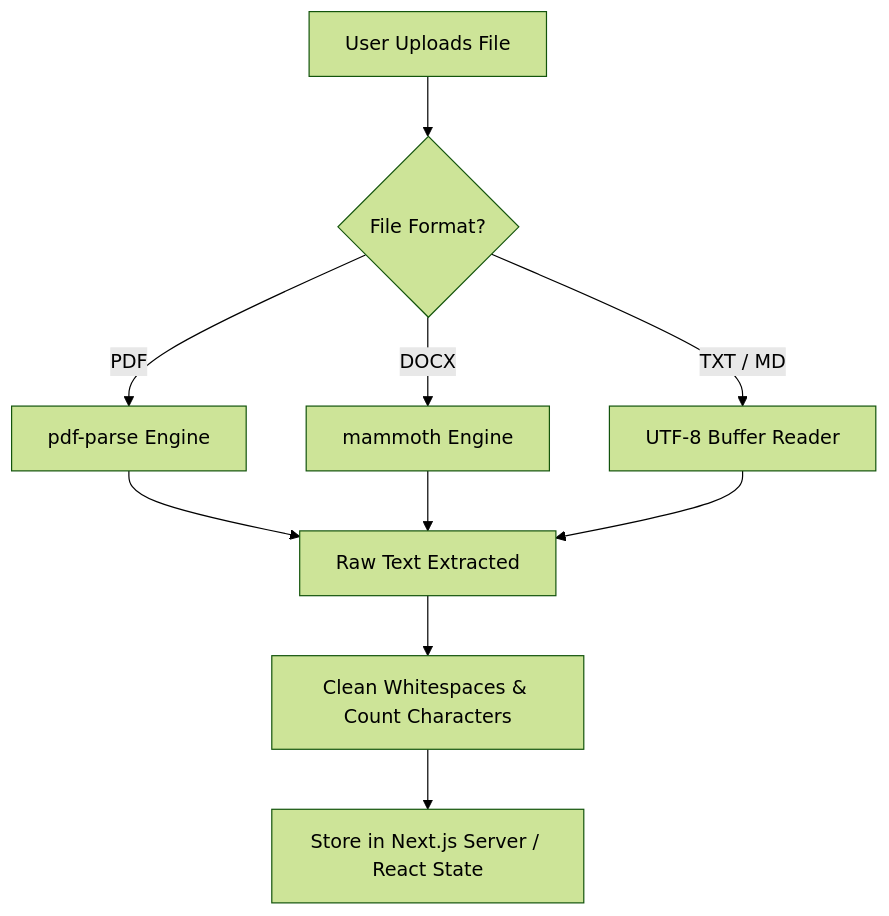
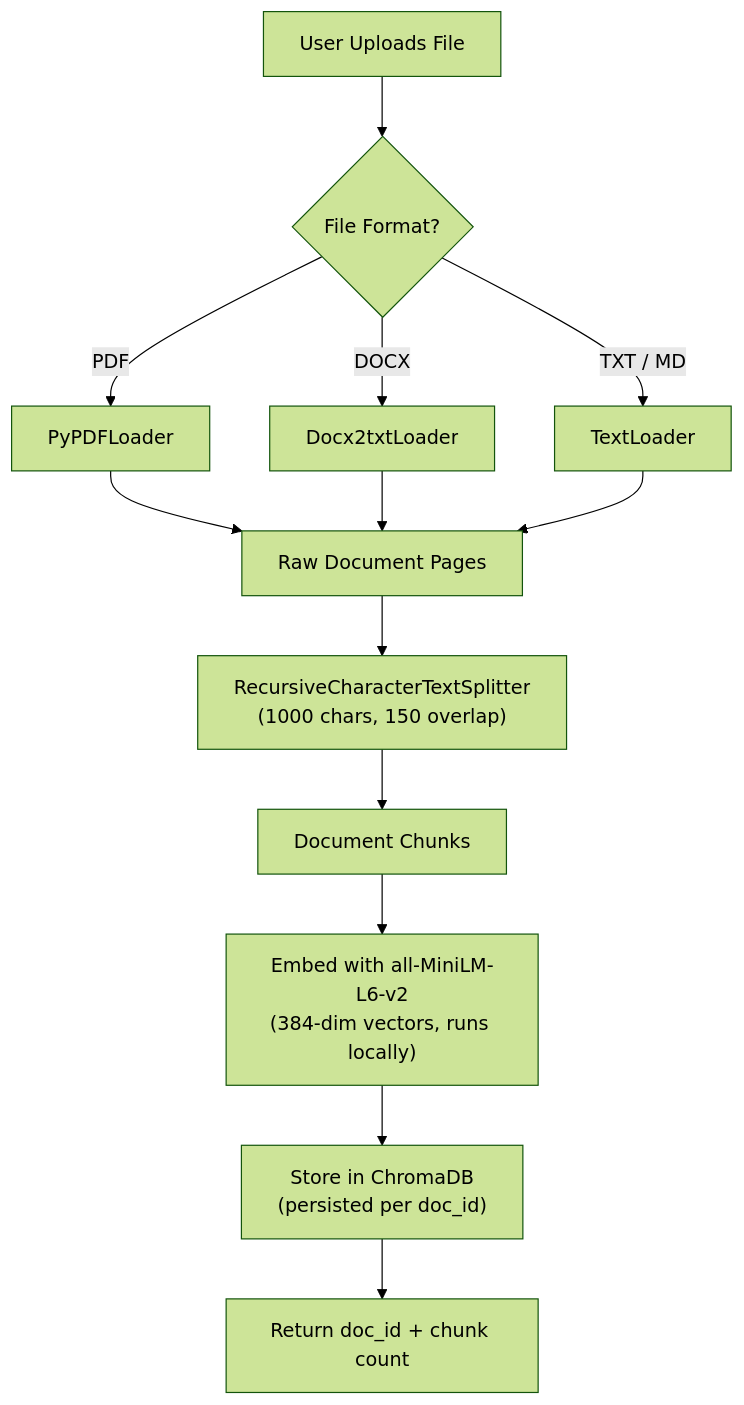
The first of 3 diagrams in README.md (ISHAN12369/contractIQ), drawn with Mermaid (forest theme) before and after one commit. The commit also changed other lines of this file and 3 other files, not shown here.

Commit message:
chore: clean up repo and rewrite README for full RAG architecture. Remove old HF Spaces Dockerfile, .gitattributes, sync workflow. Add comprehensive RAG pipeline docs with Mermaid diagrams, architecture overview, and deployment guide.

````diff
--- a/README.md
+++ b/README.md
@@ -68,12 +74,15 @@
 ```mermaid
 graph TD
     A[User Uploads File] --> B{File Format?}
-    B -->|PDF| C[pdf-parse Engine]
-    B -->|DOCX| D[mammoth Engine]
-    B -->|TXT / MD| E[UTF-8 Buffer Reader]
-    C --> F[Raw Text Extracted]
+    B -->|PDF| C[PyPDFLoader]
+    B -->|DOCX| D[Docx2txtLoader]
+    B -->|TXT / MD| E[TextLoader]
+    C --> F[Raw Document Pages]
     D --> F
     E --> F
-    F --> G[Clean Whitespaces & Count Characters]
-    G --> H[Store in Next.js Server / React State]
+    F --> G["RecursiveCharacterTextSplitter<br/>(1000 chars, 150 overlap)"]
+    G --> H[Document Chunks]
+    H --> I["Embed with all-MiniLM-L6-v2<br/>(384-dim vectors, runs locally)"]
+    I --> J["Store in ChromaDB<br/>(persisted per doc_id)"]
+    J --> K["Return doc_id + chunk count"]
 ```
````
